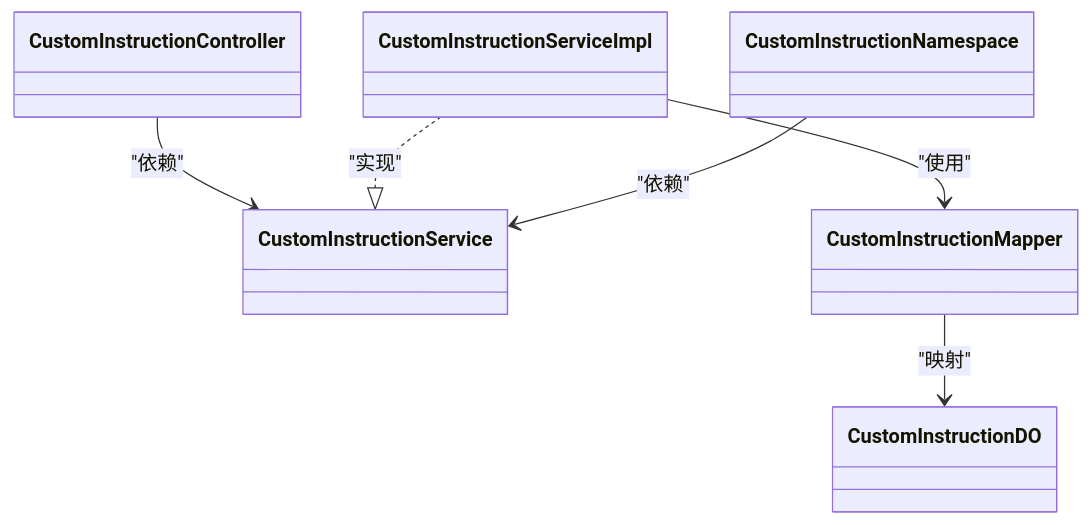
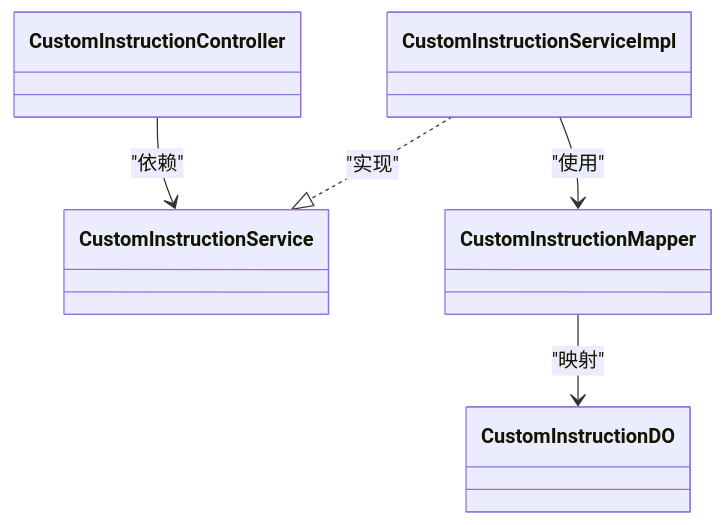
One commit to joezxh/graphiti-java changed the fifth of 6 diagrams in docs/manual/架构设计/模块化设计/核心业务模块 (graphiti-module-core)/自定义指令.md. Above: the diagram before and after it, drawn with Mermaid. The commit also changed other lines of this file and 41 other files, not shown here.

````diff
--- a/docs/manual/架构设计/模块化设计/核心业务模块 (graphiti-module-core)/自定义指令.md
+++ b/docs/manual/架构设计/模块化设计/核心业务模块 (graphiti-module-core)/自定义指令.md
@@ -249,14 +235,12 @@
 ```mermaid
 classDiagram
 class CustomInstructionController
 class CustomInstructionService
 class CustomInstructionServiceImpl
 class CustomInstructionMapper
 class CustomInstructionDO
-class CustomInstructionNamespace
 CustomInstructionController --> CustomInstructionService : "依赖"
 CustomInstructionServiceImpl ..|> CustomInstructionService : "实现"
 CustomInstructionServiceImpl --> CustomInstructionMapper : "使用"
 CustomInstructionMapper --> CustomInstructionDO : "映射"
-CustomInstructionNamespace --> CustomInstructionService : "依赖"
 ```
````
